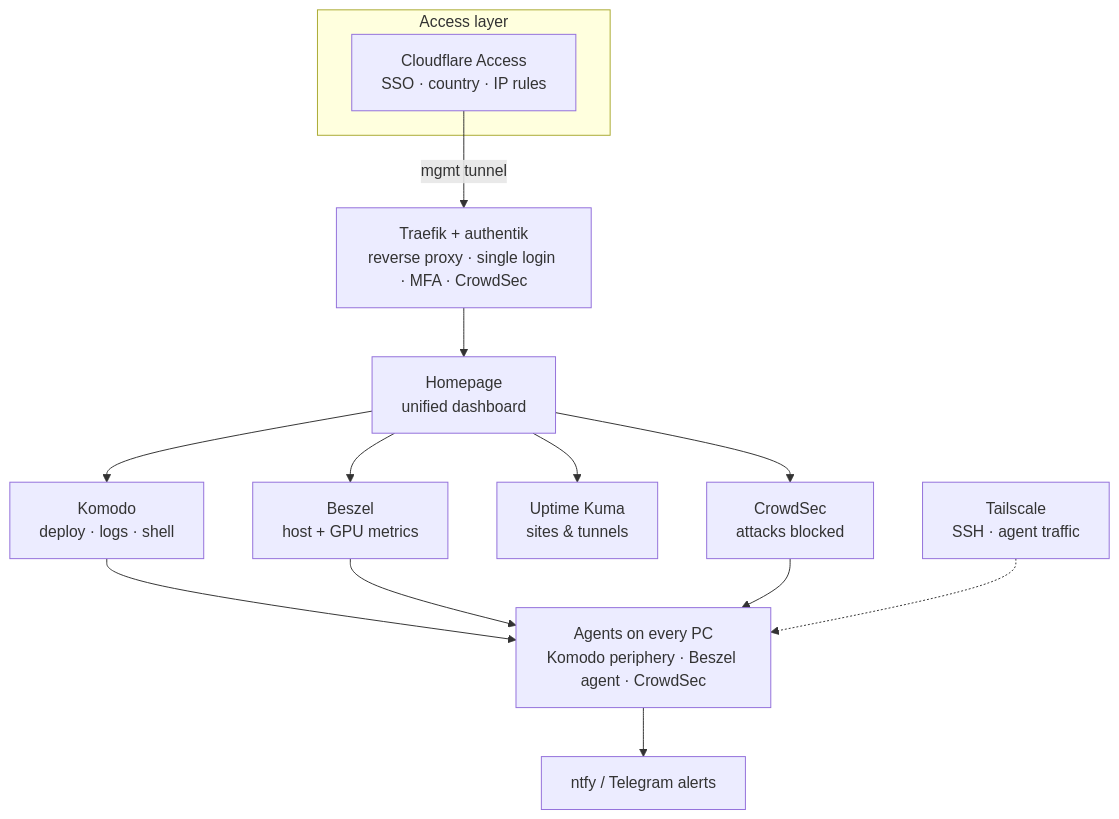
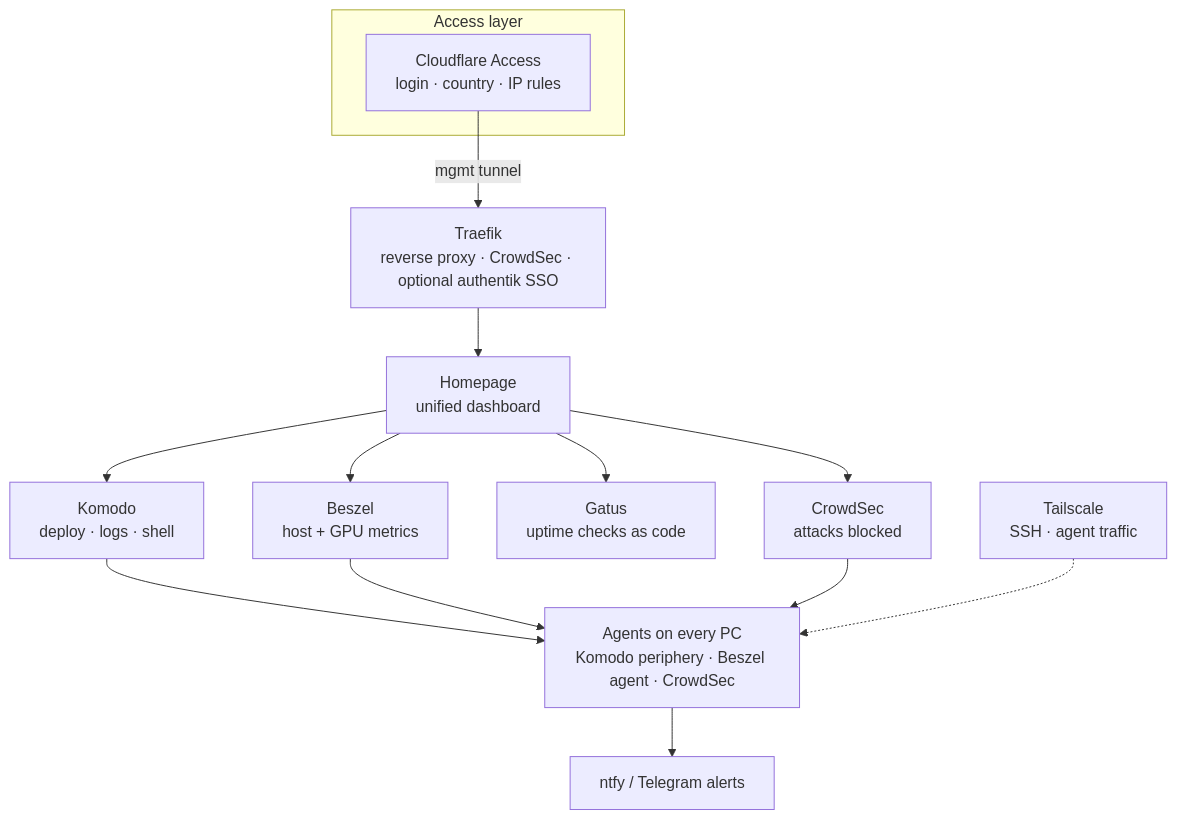
One commit to jaime7981/homelab-ops changed the diagram in README.md. Above: the diagram before and after it, drawn with Mermaid. The commit also changed other lines of this file and 32 other files, not shown here.

First line of the commit message:
Uptime checks as code with Gatus; make authentik optional

````diff
--- a/README.md
+++ b/README.md
@@ -8,16 +8,16 @@
 ```mermaid
 flowchart TB
   subgraph Access["Access layer"]
-    CFA["Cloudflare Access<br/>SSO · country · IP rules"]
+    CFA["Cloudflare Access<br/>login · country · IP rules"]
   end
   CFA -->|"mgmt tunnel"| TR
-  TR["Traefik + authentik<br/>reverse proxy · single login · MFA · CrowdSec"]
+  TR["Traefik<br/>reverse proxy · CrowdSec · optional authentik SSO"]
   TR --> HP["Homepage<br/>unified dashboard"]
   HP --> KO["Komodo<br/>deploy · logs · shell"]
   HP --> BE["Beszel<br/>host + GPU metrics"]
-  HP --> UK["Uptime Kuma<br/>sites & tunnels"]
+  HP --> GA["Gatus<br/>uptime checks as code"]
   HP --> CS["CrowdSec<br/>attacks blocked"]
   KO & BE & CS --> AG["Agents on every PC<br/>Komodo periphery · Beszel agent · CrowdSec"]
   TS["Tailscale<br/>SSH · agent traffic"] -.-> AG
   AG --> NT["ntfy / Telegram alerts"]
 ```
````
